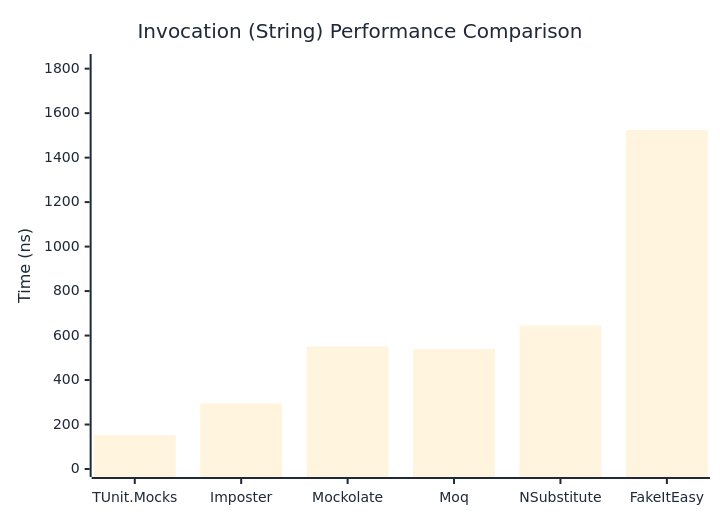
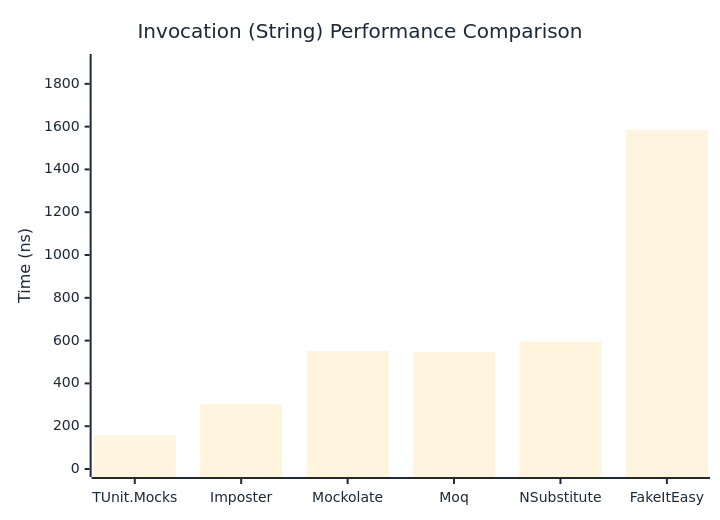
Before and after one commit to thomhurst/TUnit: the second of 3 diagrams in docs/docs/benchmarks/mocks/Invocation.md, drawn with Mermaid. The commit also changed other lines of this file and 14 other files, not shown here.

````diff
--- a/docs/docs/benchmarks/mocks/Invocation.md
+++ b/docs/docs/benchmarks/mocks/Invocation.md
@@ -69,27 +69,27 @@
 ```mermaid
 %%{init: {
   'theme':'base',
   'themeVariables': {
     'primaryColor': '#2563eb',
     'primaryTextColor': '#1f2937',
     'primaryBorderColor': '#1e40af',
     'lineColor': '#6b7280',
     'secondaryColor': '#7c3aed',
     'tertiaryColor': '#dc2626',
     'background': '#ffffff',
     'pie1': '#2563eb',
     'pie2': '#7c3aed',
     'pie3': '#dc2626',
     'pie4': '#f59e0b',
     'pie5': '#10b981',
     'pie6': '#06b6d4',
     'pie7': '#ec4899',
     'pie8': '#6366f1'
   }
 }}%%
 xychart-beta
   title "Invocation (String) Performance Comparison"
   x-axis ["TUnit.Mocks", "Imposter", "Mockolate", "Moq", "NSubstitute", "FakeItEasy"]
-  y-axis "Time (ns)" 0 --> 1830
-  bar [152.2, 295.2, 551.2, 539.9, 644.1, 1524.2]
+  y-axis "Time (ns)" 0 --> 1902
+  bar [157.6, 302.9, 551.7, 547.3, 594.6, 1584.9]
 ```
````
